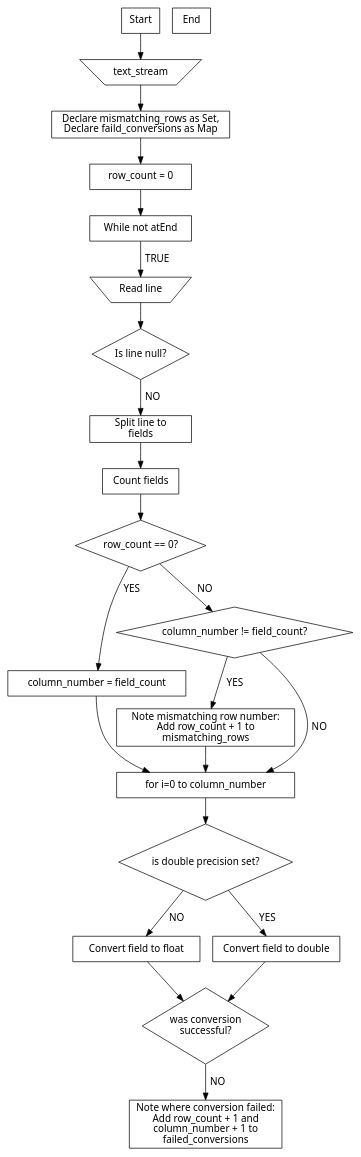
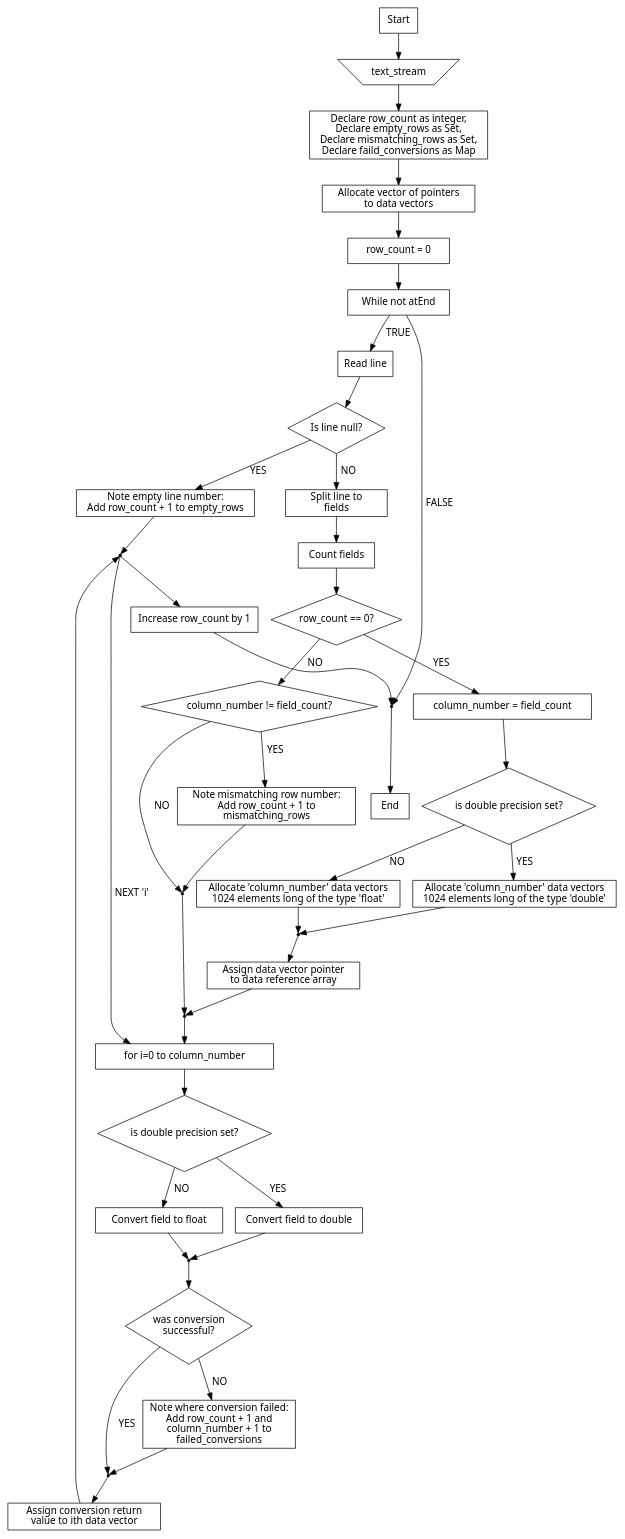
One commit to kurijlj/cpp_projects changed the diagram in work_in_progress/mda/read_file.dot. Above: the diagram before and after it, drawn with Graphviz. The commit also changed 9 other files, not shown here.

```diff
--- a/work_in_progress/mda/read_file.dot
+++ b/work_in_progress/mda/read_file.dot
@@ -1,59 +1,107 @@
 strict digraph {
+
+    // ------------------------------------------------------------------------
+    // Definitions
+    // ------------------------------------------------------------------------
     start[shape="box", fontname="Sans"];
     text_stream[shape="invtrapezium", fontname="Sans"];
     error_accumulators[shape="box", fontname="Sans"];
+    data_reference[shape="box", fontname="Sans"];
     set_zero_row_count[shape="box", fontname="Sans"];
     while_not_end[shape="box", fontname="Sans"];
-    read_line[shape="invtrapezium", fontname="Sans"];
+    read_line[shape="box", fontname="Sans"];
     null_line_test[shape="diamond", fontname="Sans"];
+    increase_empty_row_count[shape="box", fontname="Sans"];
     split_line[shape="box", fontname="Sans"];
     count_fields[shape="box", fontname="Sans"];
     zero_row_test[shape="diamond", fontname="Sans"];
     set_column_number[shape="box", fontname="Sans"];
+    double_precision_test1[shape="diamond", fontname="Sans"];
+    allocate_float_data_vectors[shape="box", fontname="Sans"];
+    allocate_double_data_vectors[shape="box", fontname="Sans"];
+    assign_to_data_reference[shape="box", fontname="Sans"];
     field_count_test[shape="diamond", fontname="Sans"];
+    node1[shape="point"];
     increase_mismatching_row_count[shape="box", fontname="Sans"];
+    node2[shape="point"];
+    node3[shape="point"];
     traverse_fields[shape="box", fontname="Sans"];
-    double_precision_test[shape="diamond", fontname="Sans"];
+    double_precision_test2[shape="diamond", fontname="Sans"];
     field_to_float[shape="box", fontname="Sans"];
     field_to_double[shape="box", fontname="Sans"];
+    node4[shape="point"];
     conversion_test[shape="diamond", fontname="Sans"];
     conversion_failed[shape="box", fontname="Sans"];
+    assign_field_to_data_vector[shape="box", fontname="Sans"];
+    node5[shape="point"];
+    node6[shape="point"];
+    increase_row_count[shape="box", fontname="Sans"];
+    node7[shape="point"];
     end[shape="box", fontname="Sans"];
 
-    start->text_stream->error_accumulators->set_zero_row_count->while_not_end;
+    // ------------------------------------------------------------------------
+    // Connections
+    // ------------------------------------------------------------------------
+    start->text_stream->error_accumulators->data_reference->set_zero_row_count->while_not_end;
     while_not_end->read_line[label="  TRUE", fontname="Sans"];
     read_line->null_line_test;
     null_line_test->split_line[label="  NO", fontname="Sans"];
+    null_line_test->increase_empty_row_count[label="  YES", fontname="Sans"];
     split_line->count_fields->zero_row_test;
     zero_row_test->set_column_number[label="  YES", fontname="Sans"];
     zero_row_test->field_count_test[label="  NO", fontname="Sans"];
     field_count_test->increase_mismatching_row_count[label="  YES", fontname="Sans"];
-    field_count_test->traverse_fields[label="  NO", fontname="Sans"];
-    increase_mismatching_row_count->traverse_fields;
-    set_column_number->traverse_fields->double_precision_test;
-    double_precision_test->field_to_float[label="  NO", fontname="Sans"];
-    double_precision_test->field_to_double[label="  YES", fontname="Sans"];
-    field_to_float->conversion_test;
-    field_to_double->conversion_test;
+    field_count_test->node1[label="  NO", fontname="Sans"];
+    increase_mismatching_row_count->node1;
+    set_column_number->double_precision_test1;
+    double_precision_test1->allocate_double_data_vectors[label="  YES", fontname="Sans"];
+    double_precision_test1->allocate_float_data_vectors[label="  NO", fontname="Sans"];
+    allocate_double_data_vectors->node2;
+    allocate_float_data_vectors->node2;
+    node1->node3;
+    node2->assign_to_data_reference->node3->traverse_fields->double_precision_test2;
+    double_precision_test2->field_to_float[label="  NO", fontname="Sans"];
+    double_precision_test2->field_to_double[label="  YES", fontname="Sans"];
+    field_to_float->node4;
+    field_to_double->node4;
+    node4->conversion_test;
     conversion_test->conversion_failed[label="  NO", fontname="Sans"];
+    conversion_failed->node5;
+    conversion_test->node5[label="  YES", fontname="Sans"];
+    node5->assign_field_to_data_vector;
+    assign_field_to_data_vector->node6;
+    node6->traverse_fields[label="  NEXT 'i'", fontname="Sans"];
+    increase_empty_row_count->node6->increase_row_count->node7->end;
+    while_not_end->node7[label="  FALSE", fontname="Sans"];
 
+    // ------------------------------------------------------------------------
+    // Labels
+    // ------------------------------------------------------------------------
     start[label="Start"];
-    error_accumulators[label="Declare mismatching_rows as Set,\nDeclare faild_conversions as Map", width="3.5"];
+    error_accumulators[label="Declare row_count as integer,\nDeclare empty_rows as Set,\nDeclare mismatching_rows as Set,\nDeclare faild_conversions as Map", width="3.5"];
+    data_reference[label="Allocate vector of pointers\nto data vectors", width="3.0"];
     set_zero_row_count[label="row_count = 0", width="2"];
     while_not_end[label="While not atEnd", width="2"];
     read_line[label="Read line"];
     null_line_test[label="Is line null?", height="1"];
+    increase_empty_row_count[label="Note empty line number:\nAdd row_count + 1 to empty_rows", width="3.5"];
     split_line[label="Split line to\nfields", width="2"];
     count_fields[label="Count fields", width="1.5"];
     zero_row_test[label="row_count == 0?", width="1.5", height="1"];
     set_column_number[label="column_number = field_count", width="3.5"];
+    double_precision_test1[label="is double precision set?", height="1.5"];
+    allocate_float_data_vectors[label="Allocate 'column_number' data vectors\n1024 elements long of the type 'float'", width="4.0"];
+    allocate_double_data_vectors[label="Allocate 'column_number' data vectors\n1024 elements long of the type 'double'", width="4.0"];
+    assign_to_data_reference[label="Assign data vector pointer\nto data reference array", width="3.0"];
     field_count_test[label="column_number != field_count?", height="1"];
     increase_mismatching_row_count[label="Note mismatching row number:\nAdd row_count + 1 to\nmismatching_rows", width="3.5"];
     traverse_fields[label="for i=0 to column_number", width="3.5"];
-    double_precision_test[label="is double precision set?", height="1.5"];
+    double_precision_test2[label="is double precision set?", height="1.5"];
     field_to_float[label="Convert field to float", width="2.5"];
     field_to_double[label="Convert field to double", width="2.5"];
     conversion_test[label="was conversion\nsuccessful?", height="1.5"];
     conversion_failed[label="Note where conversion failed:\nAdd row_count + 1 and\ncolumn_number + 1 to\nfailed_conversions", width="3.0"];
+    assign_field_to_data_vector[label="Assign conversion return\nvalue to ith data vector", width="3.0"];
+    increase_row_count[label="Increase row_count by 1", width="2.5"];
     end[label="End"];
 }
```
